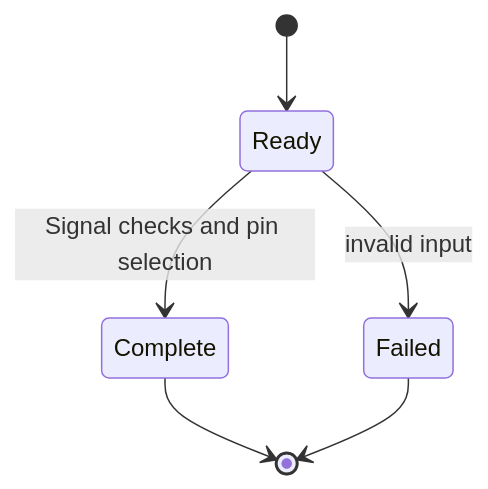
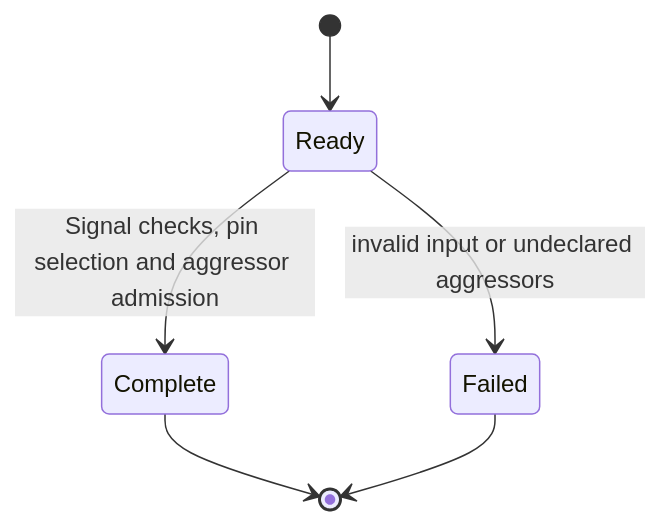
One commit to draarivpatel-ui/signal-integrity-pipeline changed the second of 2 diagrams in docs/ARCHITECTURE.md. Above: the diagram before and after it, drawn with Mermaid. The commit also changed other lines of this file and 2 other files, not shown here.

Commit message:
docs: explain declared aggressor states

````diff
--- a/docs/ARCHITECTURE.md
+++ b/docs/ARCHITECTURE.md
@@ -12,8 +12,8 @@
 ```mermaid
 stateDiagram-v2
   [*] --> Ready
-  Ready --> Complete: Signal checks and pin selection
-  Ready --> Failed: invalid input
+  Ready --> Complete: Signal checks, pin selection and aggressor admission
+  Ready --> Failed: invalid input or undeclared aggressors
   Complete --> [*]
   Failed --> [*]
 ```
````
